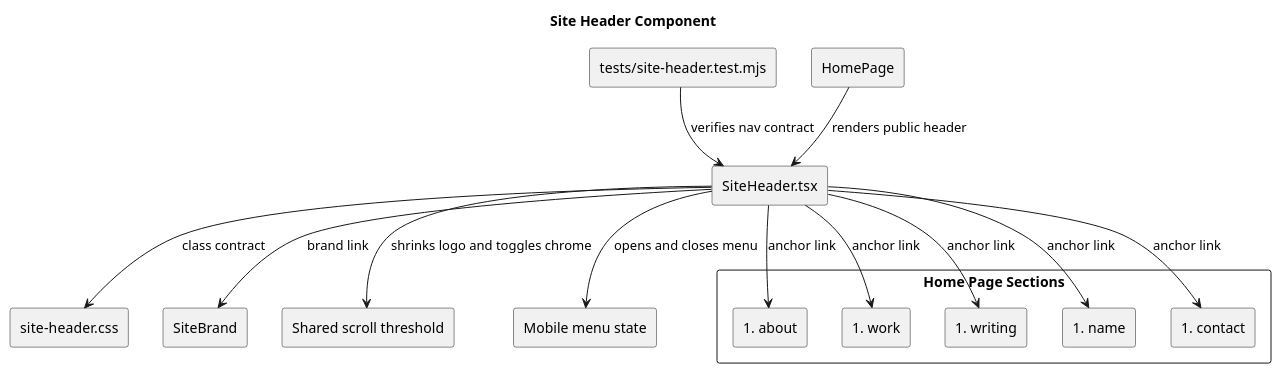
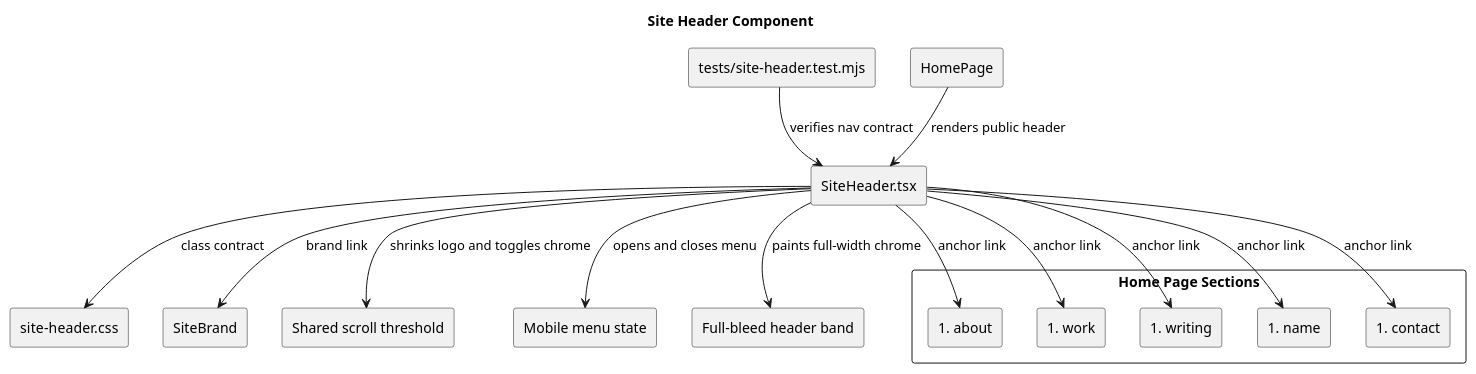
The diagram in client/src/components/site-header/site-header.puml (bonecutter-hierophant/Bonecutters), drawn with PlantUML before and after one commit. The commit also changed 21 other files, not shown here.

```diff
--- a/client/src/components/site-header/site-header.puml
+++ b/client/src/components/site-header/site-header.puml
@@ -1,32 +1,34 @@
 @startuml
 title Site Header Component
 skinparam componentStyle rectangle
 
 component "SiteHeader.tsx" as SiteHeader
 component "site-header.css" as Styles
 component "tests/site-header.test.mjs" as Tests
 component "SiteBrand" as SiteBrand
 component "HomePage" as HomePage
 component "Shared scroll threshold" as ScrollState
 component "Mobile menu state" as MenuState
+component "Full-bleed header band" as HeaderBand
 rectangle "Home Page Sections" as Sections {
   component "#about" as About
   component "#work" as Work
   component "#writing" as Writing
   component "#name" as Name
   component "#contact" as Contact
 }
 
 HomePage --> SiteHeader : renders public header
 SiteHeader --> SiteBrand : brand link
 SiteHeader --> ScrollState : shrinks logo and toggles chrome
 SiteHeader --> MenuState : opens and closes menu
+SiteHeader --> HeaderBand : paints full-width chrome
 SiteHeader --> Styles : class contract
 SiteHeader --> About : anchor link
 SiteHeader --> Work : anchor link
 SiteHeader --> Writing : anchor link
 SiteHeader --> Name : anchor link
 SiteHeader --> Contact : anchor link
 Tests --> SiteHeader : verifies nav contract
 
 @enduml
```
